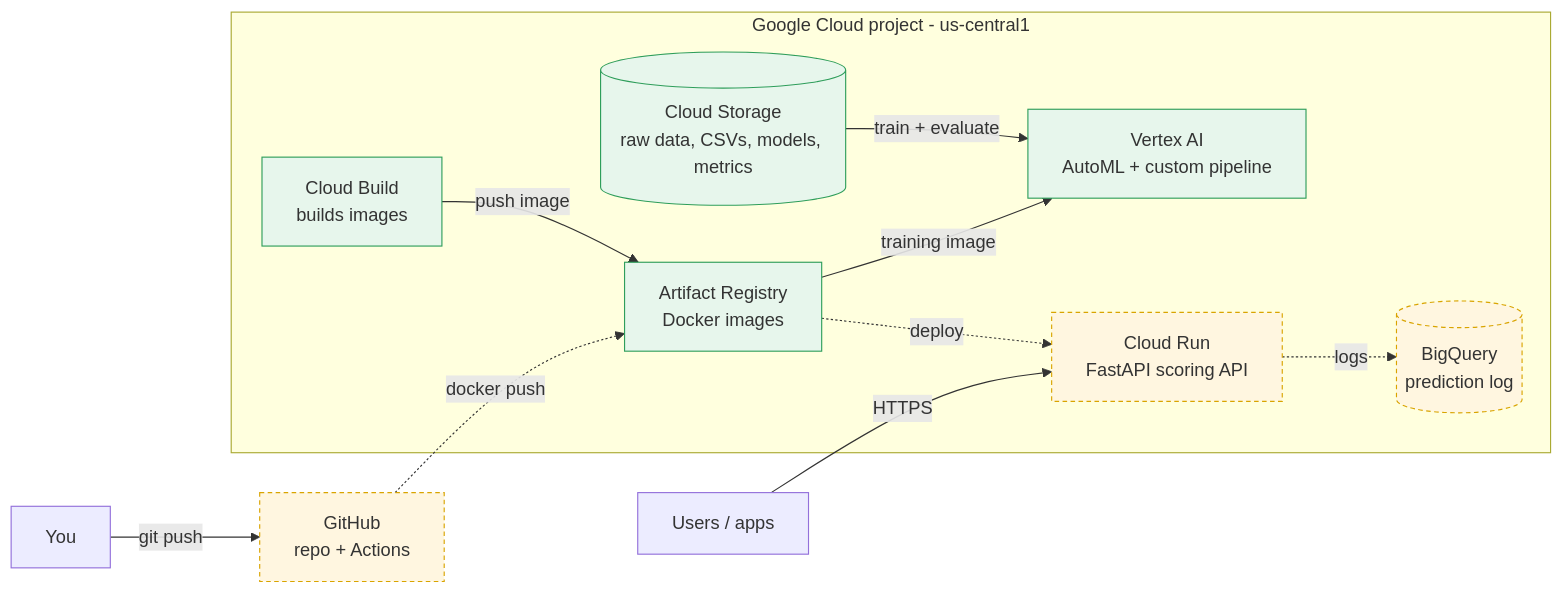
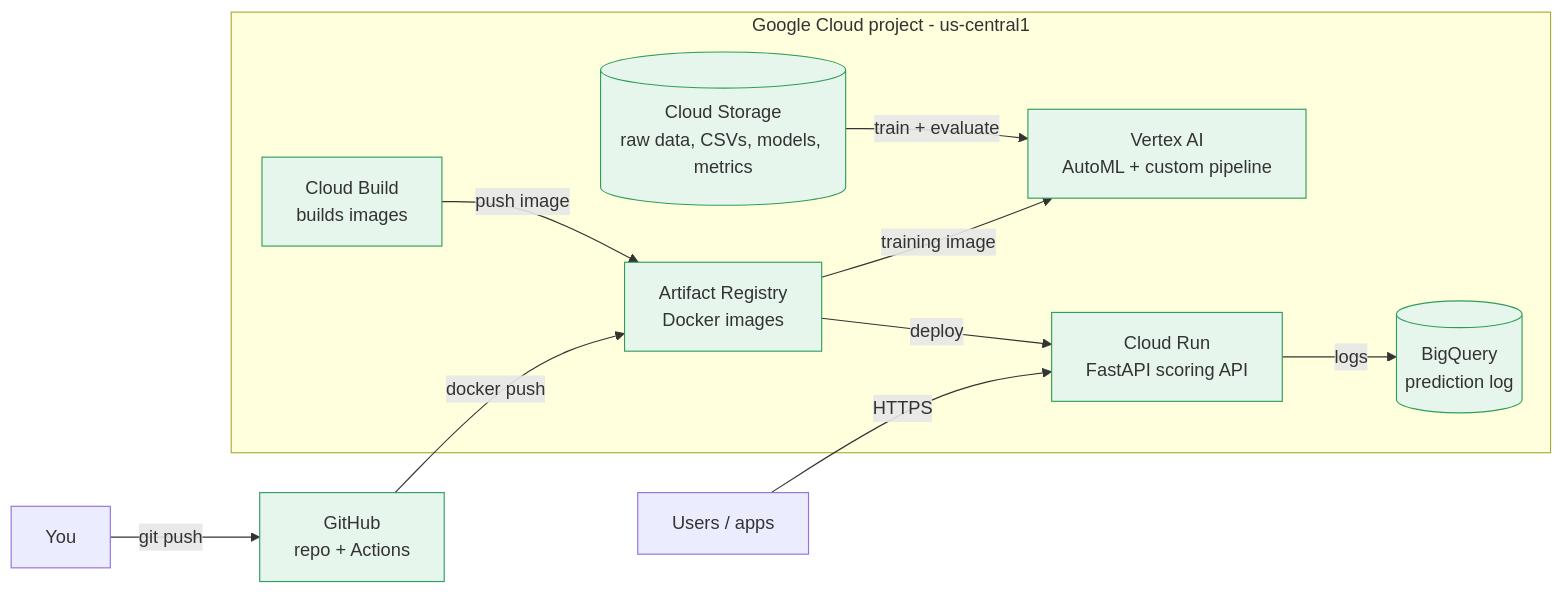
One commit to rosvend/MLOps changed the first of 2 diagrams in docs/gcp/overview.md. Above: the diagram before and after it, drawn with Mermaid. The commit also changed other lines of this file and 4 other files, not shown here.

First line of the commit message:
docs: cloud comparison (AWS, Azure, GCP) and an up-to-date architecture

````diff
--- a/docs/gcp/overview.md
+++ b/docs/gcp/overview.md
@@ -6,26 +6,25 @@
 ```mermaid
 flowchart LR
     you["You"] -->|git push| gh["GitHub<br/>repo + Actions"]
 
     subgraph gcp["Google Cloud project - us-central1"]
         gcs[("Cloud Storage<br/>raw data, CSVs, models, metrics")]
         vtx["Vertex AI<br/>AutoML + custom pipeline"]
         cb["Cloud Build<br/>builds images"]
         ar["Artifact Registry<br/>Docker images"]
         run["Cloud Run<br/>FastAPI scoring API"]
         bq[("BigQuery<br/>prediction log")]
     end
 
     users["Users / apps"] -->|HTTPS| run
     gcs -->|train + evaluate| vtx
     cb -->|push image| ar
     ar -->|training image| vtx
-    gh -.->|docker push| ar
-    ar -.->|deploy| run
-    run -.->|logs| bq
+    gh -->|docker push| ar
+    ar -->|deploy| run
+    run -->|logs| bq
 
     classDef built fill:#e7f6ec,stroke:#2f9e5b
     classDef planned fill:#fff6e0,stroke:#d9a400,stroke-dasharray:4 3
-    class gcs,vtx,cb,ar built
-    class run,bq,gh planned
+    class gcs,vtx,cb,ar,run,bq,gh built
 ```
````
